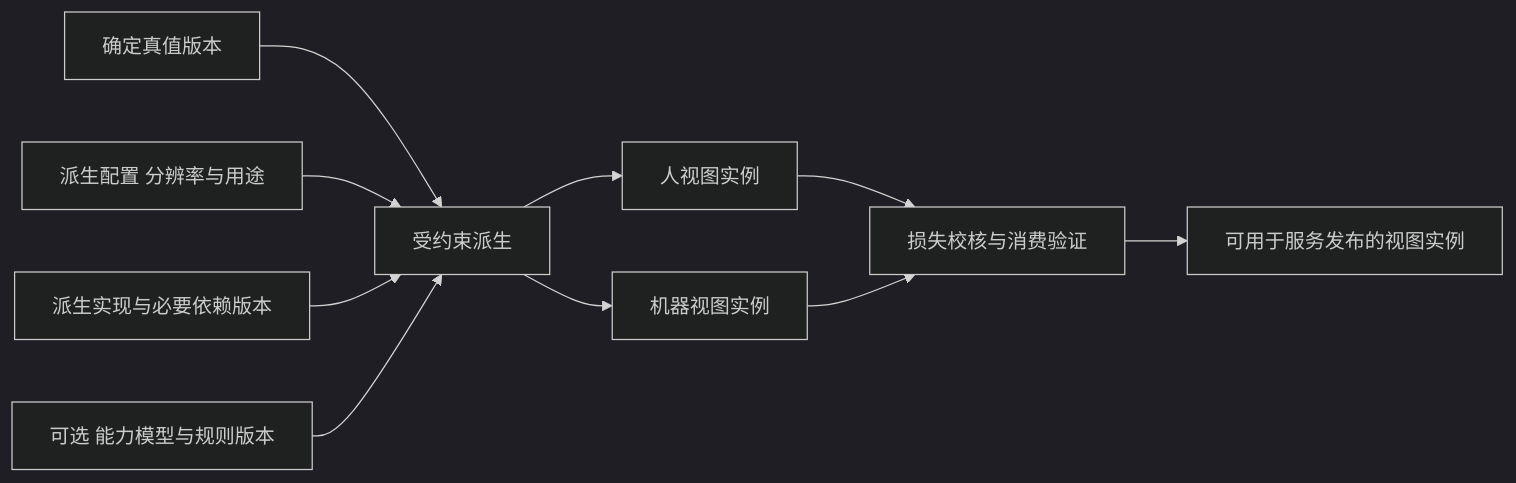
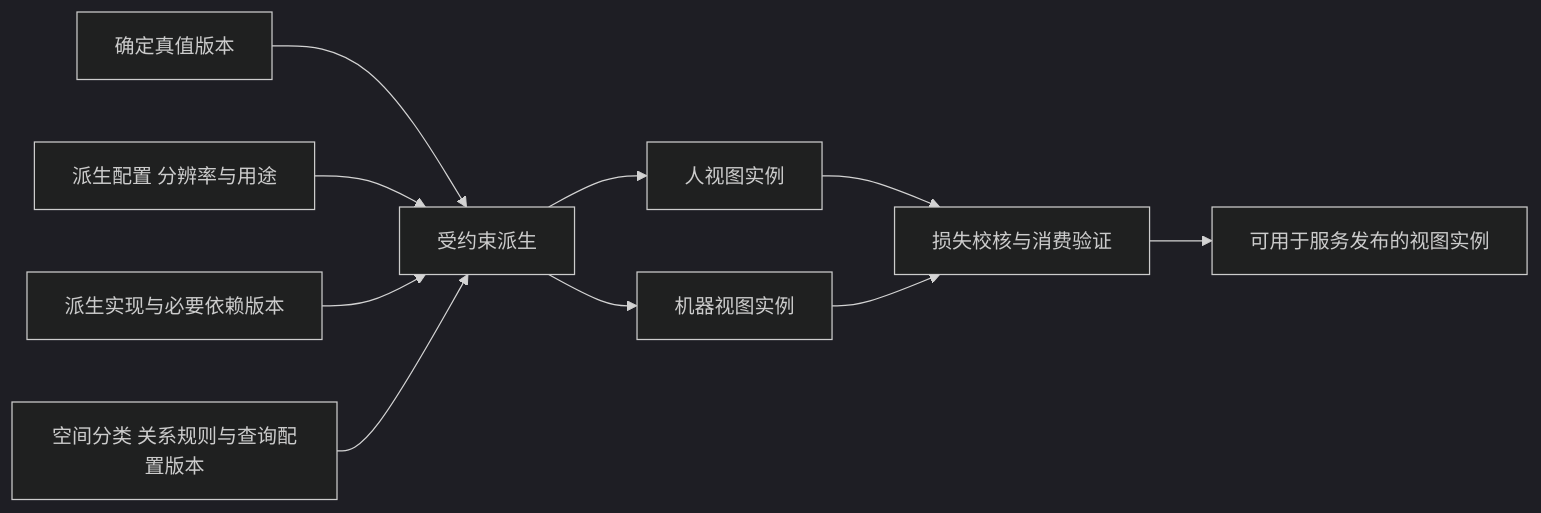
Before and after one commit to vxture/vxture-cospace: the second of 4 diagrams in docs/architecture/真值与两类视图总体模型设计-v0.1.md, drawn with Mermaid (dark theme). The commit also changed other lines of this file and 21 other files, not shown here.

First line of the commit message:
feat: 建立态势底图空间图契约与实施批次（SG0） (#104)

````diff
--- a/docs/architecture/真值与两类视图总体模型设计-v0.1.md
+++ b/docs/architecture/真值与两类视图总体模型设计-v0.1.md
@@ -149,12 +152,12 @@
 ```mermaid
 flowchart LR
     T[确定真值版本] --> D[受约束派生]
     C[派生配置 分辨率与用途] --> D
     I[派生实现与必要依赖版本] --> D
-    P[可选 能力模型与规则版本] --> D
+    P[空间分类 关系规则与查询配置版本] --> D
     D --> H[人视图实例]
     D --> M[机器视图实例]
     H --> Q[损失校核与消费验证]
     M --> Q
     Q --> Ready[可用于服务发布的视图实例]
 ```
````
